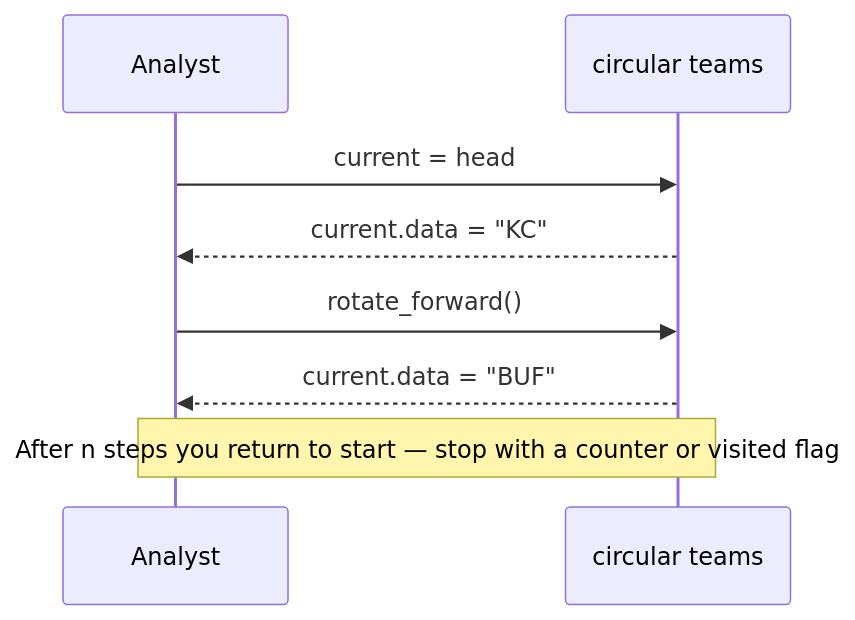
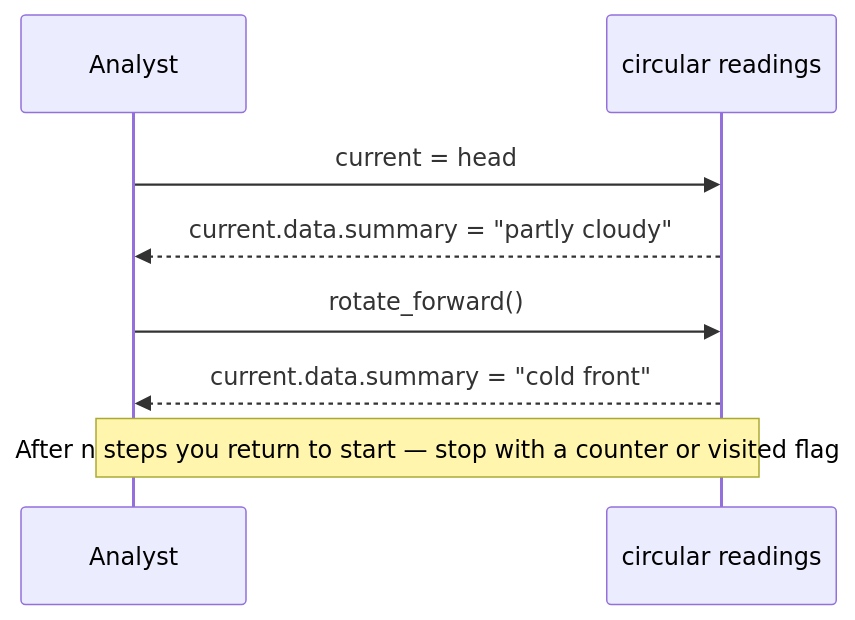
Before and after one commit to qgjones9/python-programming-guide: the second of 8 diagrams in docs/dsa/data-structures/circularly-linked-list/index.md, drawn with Mermaid. The commit also changed other lines of this file and 1 other file, not shown here.

````diff
--- a/docs/dsa/data-structures/circularly-linked-list/index.md
+++ b/docs/dsa/data-structures/circularly-linked-list/index.md
@@ -93,10 +85,10 @@
 ```mermaid
 sequenceDiagram
   participant Analyst
-  participant Ring as circular teams
+  participant Ring as circular readings
   Analyst->>Ring: current = head
-  Ring-->>Analyst: current.data = "KC"
+  Ring-->>Analyst: current.data.summary = "partly cloudy"
   Analyst->>Ring: rotate_forward()
-  Ring-->>Analyst: current.data = "BUF"
+  Ring-->>Analyst: current.data.summary = "cold front"
   Note over Analyst,Ring: After n steps you return to start — stop with a counter or visited flag
 ```
````
